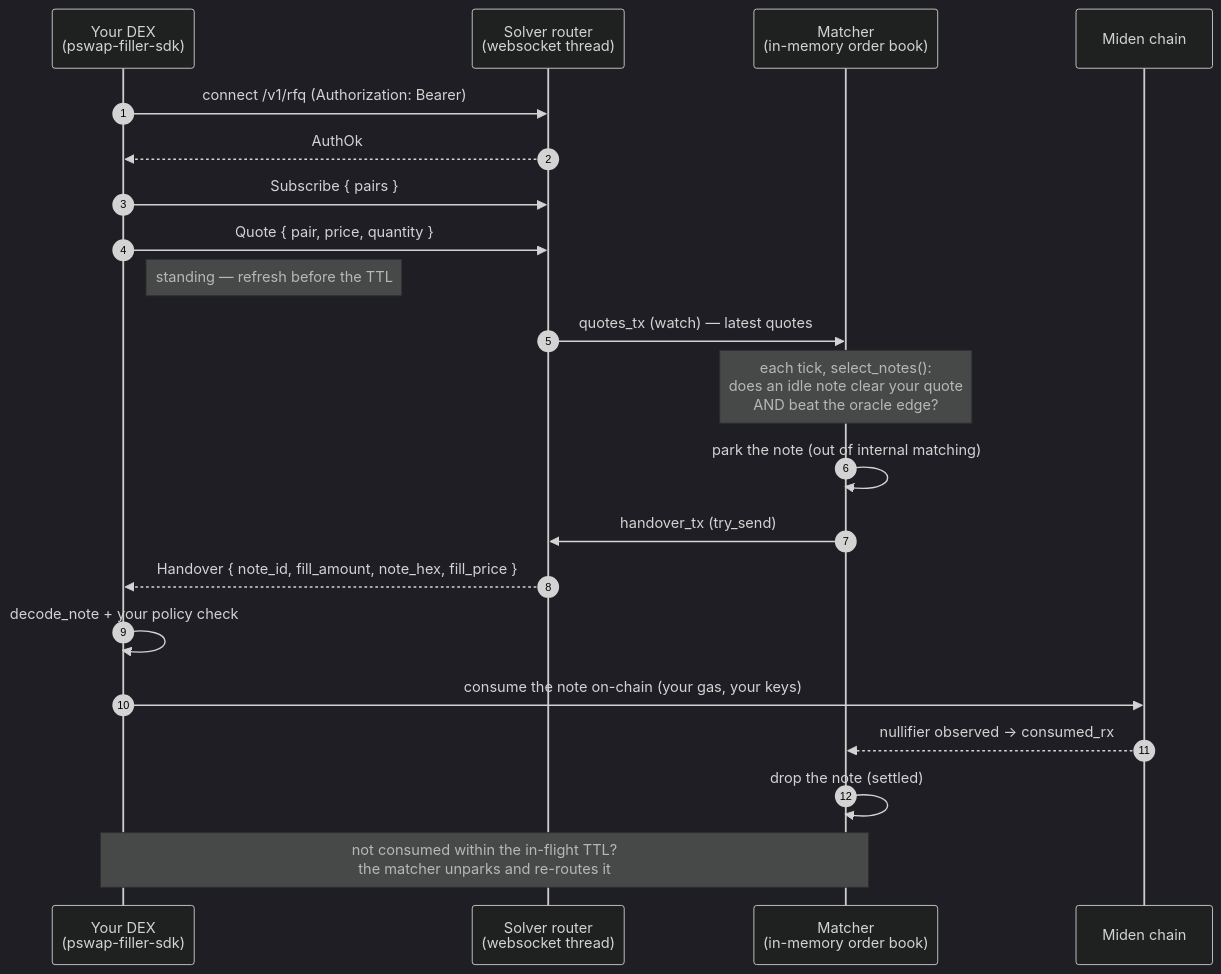
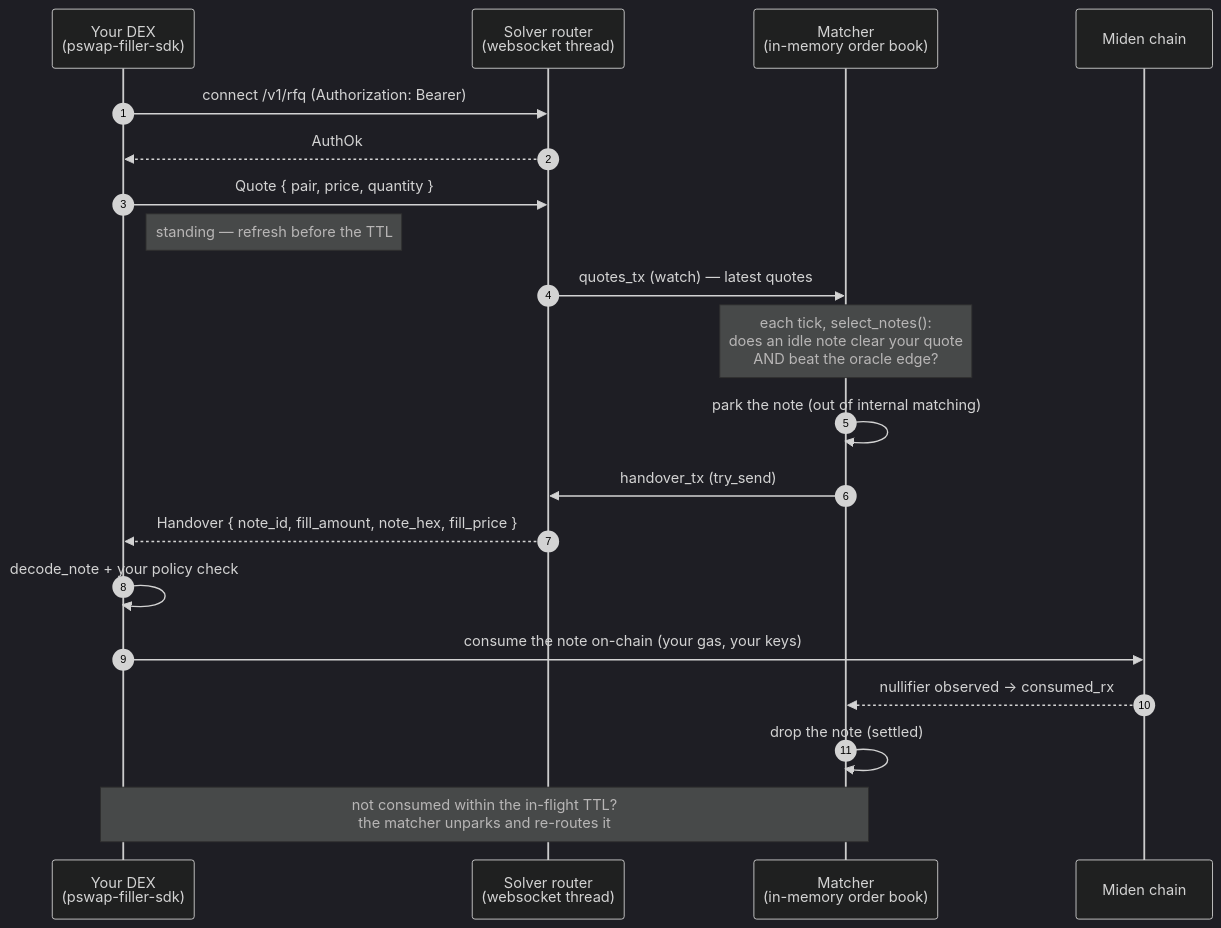
The diagram in crates/filler-sdk/README.md (inicio-labs/solver), drawn with Mermaid (dark theme) before and after one commit. The commit also changed other lines of this file and 4 other files, not shown here.

````diff
--- a/crates/filler-sdk/README.md
+++ b/crates/filler-sdk/README.md
@@ -24,24 +23,23 @@
 ```mermaid
 sequenceDiagram
     autonumber
     participant D as Your DEX<br/>(pswap-filler-sdk)
     participant R as Solver router<br/>(websocket thread)
     participant M as Matcher<br/>(in-memory order book)
     participant C as Miden chain
 
     D->>R: connect /v1/rfq (Authorization: Bearer)
     R-->>D: AuthOk
-    D->>R: Subscribe { pairs }
     D->>R: Quote { pair, price, quantity }
     Note right of D: standing — refresh before the TTL
     R->>M: quotes_tx (watch) — latest quotes
     Note over M: each tick, select_notes():<br/>does an idle note clear your quote<br/>AND beat the oracle edge?
     M->>M: park the note (out of internal matching)
     M->>R: handover_tx (try_send)
     R-->>D: Handover { note_id, fill_amount, note_hex, fill_price }
     D->>D: decode_note + your policy check
     D->>C: consume the note on-chain (your gas, your keys)
     C-->>M: nullifier observed → consumed_rx
     M->>M: drop the note (settled)
     Note over D,M: not consumed within the in-flight TTL?<br/>the matcher unparks and re-routes it
 ```
````
